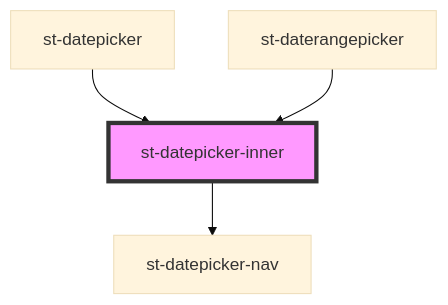
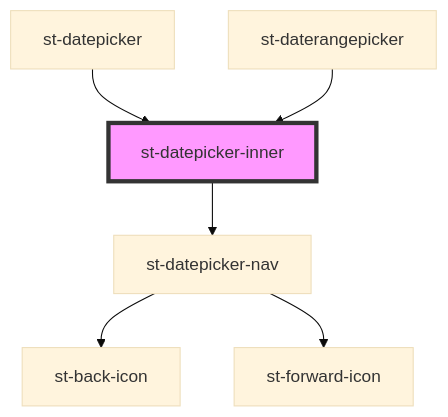
One commit to k1laba/st-datepicker changed the diagram in src/components/inner-components/st-datepicker-inner/readme.md. Above: the diagram before and after it, drawn with Mermaid (base theme). The commit also changed 25 other files, not shown here.

````diff
--- a/src/components/inner-components/st-datepicker-inner/readme.md
+++ b/src/components/inner-components/st-datepicker-inner/readme.md
@@ -31,7 +31,9 @@
 ```mermaid
 graph TD;
   st-datepicker-inner --> st-datepicker-nav
+  st-datepicker-nav --> st-back-icon
+  st-datepicker-nav --> st-forward-icon
   st-datepicker --> st-datepicker-inner
   st-daterangepicker --> st-datepicker-inner
   style st-datepicker-inner fill:#f9f,stroke:#333,stroke-width:4px
 ```
````
